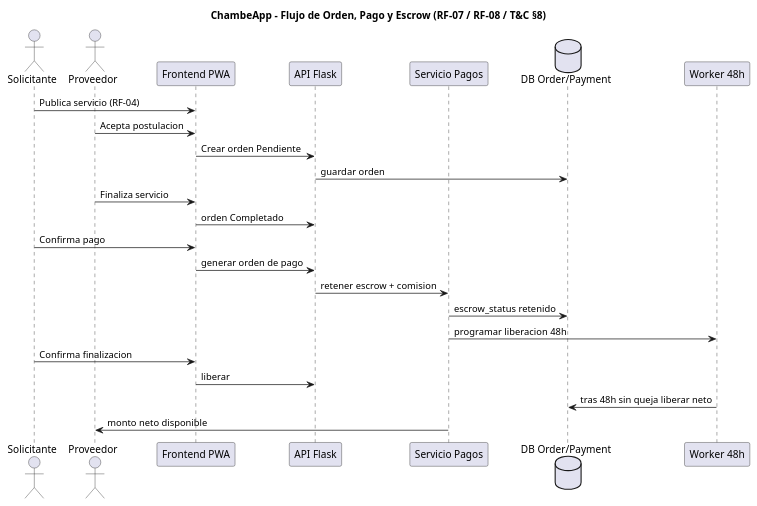
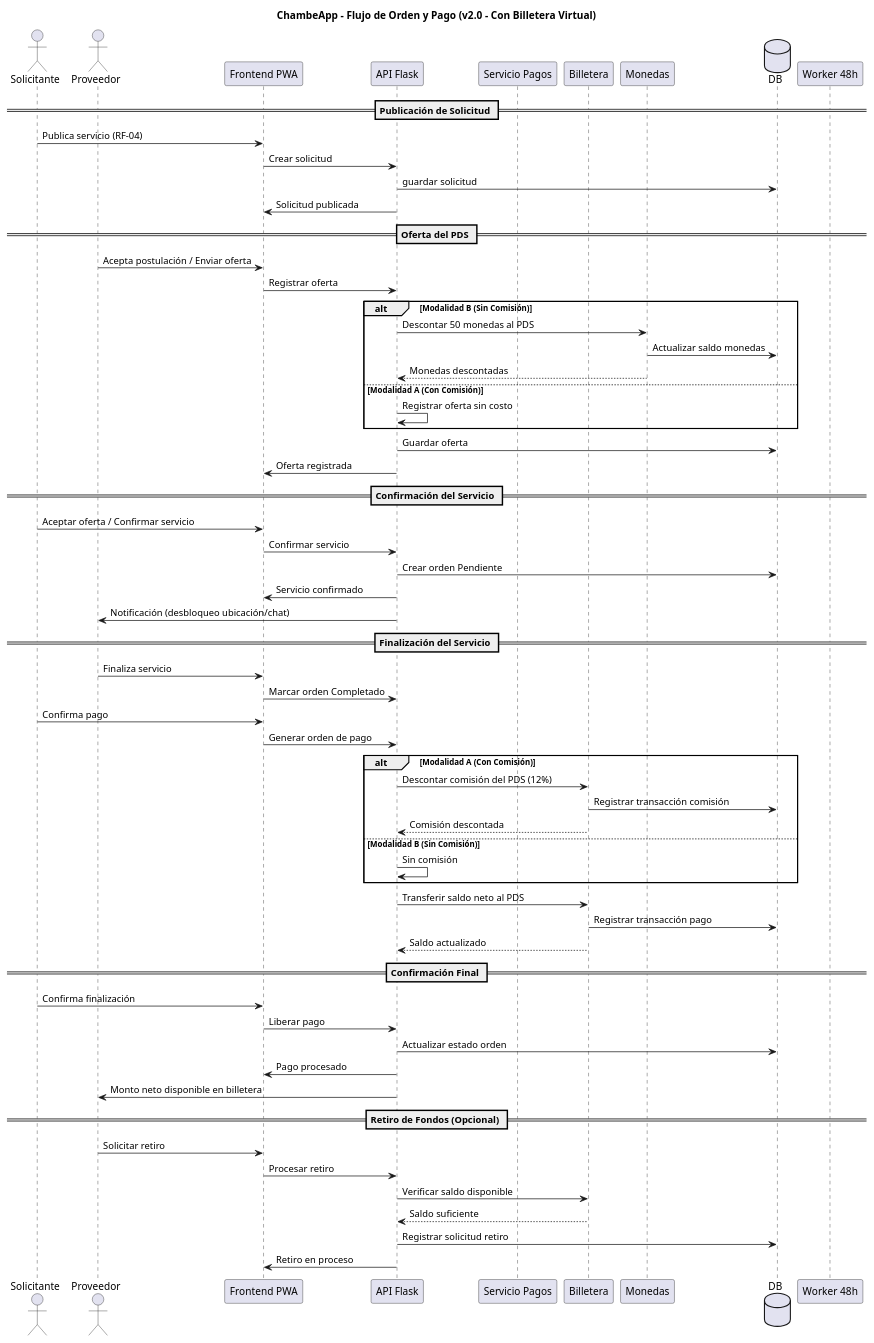
Before and after one commit to jpalacioing98/Chambeapp_Doc: the diagram in Arquitectura/diagramas/03_flujo_orden_pago.puml, drawn with PlantUML. The commit also changed 12 other files, not shown here.

Commit message:
docs: actualización diagramas y documentación monetización

```diff
--- a/Arquitectura/diagramas/03_flujo_orden_pago.puml
+++ b/Arquitectura/diagramas/03_flujo_orden_pago.puml
@@ -1,27 +1,82 @@
 @startuml
-title ChambeApp - Flujo de Orden, Pago y Escrow (RF-07 / RF-08 / T&C §8)
+title ChambeApp - Flujo de Orden y Pago (v2.0 - Con Billetera Virtual)
 
 actor "Solicitante" as S
 actor "Proveedor" as P
 participant "Frontend PWA" as FE
 participant "API Flask" as API
 participant "Servicio Pagos" as SP
-database "DB Order/Payment" as DB
+participant "Billetera" as WAL
+participant "Monedas" as COIN
+database "DB" as DB
 participant "Worker 48h" as WK
 
+== Publicación de Solicitud ==
+
 S -> FE : Publica servicio (RF-04)
-P -> FE : Acepta postulacion
-FE -> API : Crear orden Pendiente
-API -> DB : guardar orden
+FE -> API : Crear solicitud
+API -> DB : guardar solicitud
+API -> FE : Solicitud publicada
+
+== Oferta del PDS ==
+
+P -> FE : Acepta postulación / Enviar oferta
+FE -> API : Registrar oferta
+
+alt Modalidad B (Sin Comisión)
+  API -> COIN : Descontar 50 monedas al PDS
+  COIN -> DB : Actualizar saldo monedas
+  COIN --> API : Monedas descontadas
+else Modalidad A (Con Comisión)
+  API -> API : Registrar oferta sin costo
+end
+
+API -> DB : Guardar oferta
+API -> FE : Oferta registrada
+
+== Confirmación del Servicio ==
+
+S -> FE : Aceptar oferta / Confirmar servicio
+FE -> API : Confirmar servicio
+API -> DB : Crear orden Pendiente
+API -> FE : Servicio confirmado
+API -> P : Notificación (desbloqueo ubicación/chat)
+
+== Finalización del Servicio ==
+
 P -> FE : Finaliza servicio
-FE -> API : orden Completado
+FE -> API : Marcar orden Completado
+
 S -> FE : Confirma pago
-FE -> API : generar orden de pago
-API -> SP : retener escrow + comision
-SP -> DB : escrow_status retenido
-SP -> WK : programar liberacion 48h
-S -> FE : Confirma finalizacion
-FE -> API : liberar
-WK -> DB : tras 48h sin queja liberar neto
-SP -> P : monto neto disponible
+FE -> API : Generar orden de pago
+
+alt Modalidad A (Con Comisión)
+  API -> WAL : Descontar comisión del PDS (12%)
+  WAL -> DB : Registrar transacción comisión
+  WAL --> API : Comisión descontada
+else Modalidad B (Sin Comisión)
+  API -> API : Sin comisión
+end
+
+API -> WAL : Transferir saldo neto al PDS
+WAL -> DB : Registrar transacción pago
+WAL --> API : Saldo actualizado
+
+== Confirmación Final ==
+
+S -> FE : Confirma finalización
+FE -> API : Liberar pago
+API -> DB : Actualizar estado orden
+API -> FE : Pago procesado
+API -> P : Monto neto disponible en billetera
+
+== Retiro de Fondos (Opcional) ==
+
+P -> FE : Solicitar retiro
+FE -> API : Procesar retiro
+API -> WAL : Verificar saldo disponible
+WAL --> API : Saldo suficiente
+API -> DB : Registrar solicitud retiro
+API -> FE : Retiro en proceso
+
 @enduml
```
